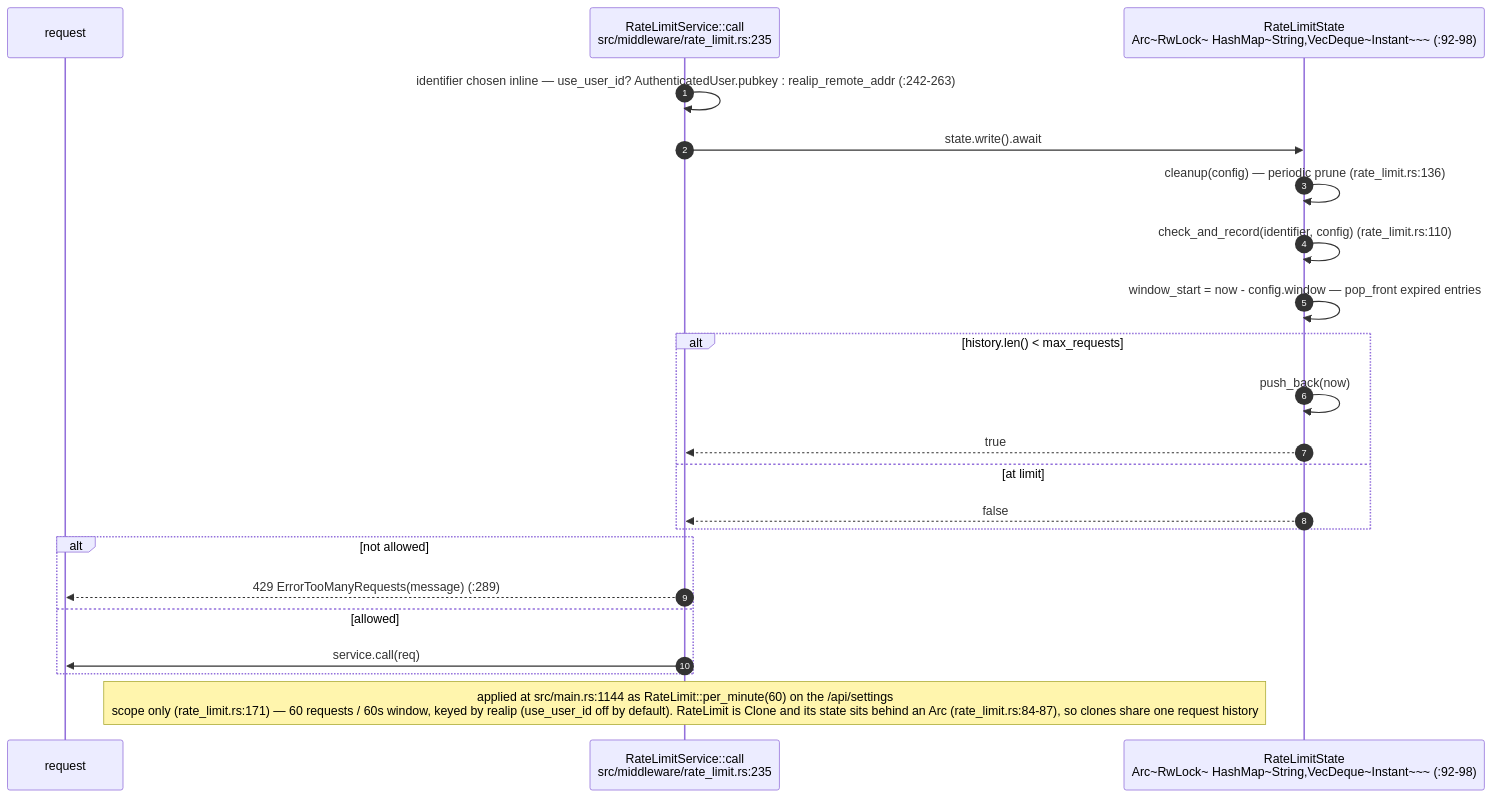
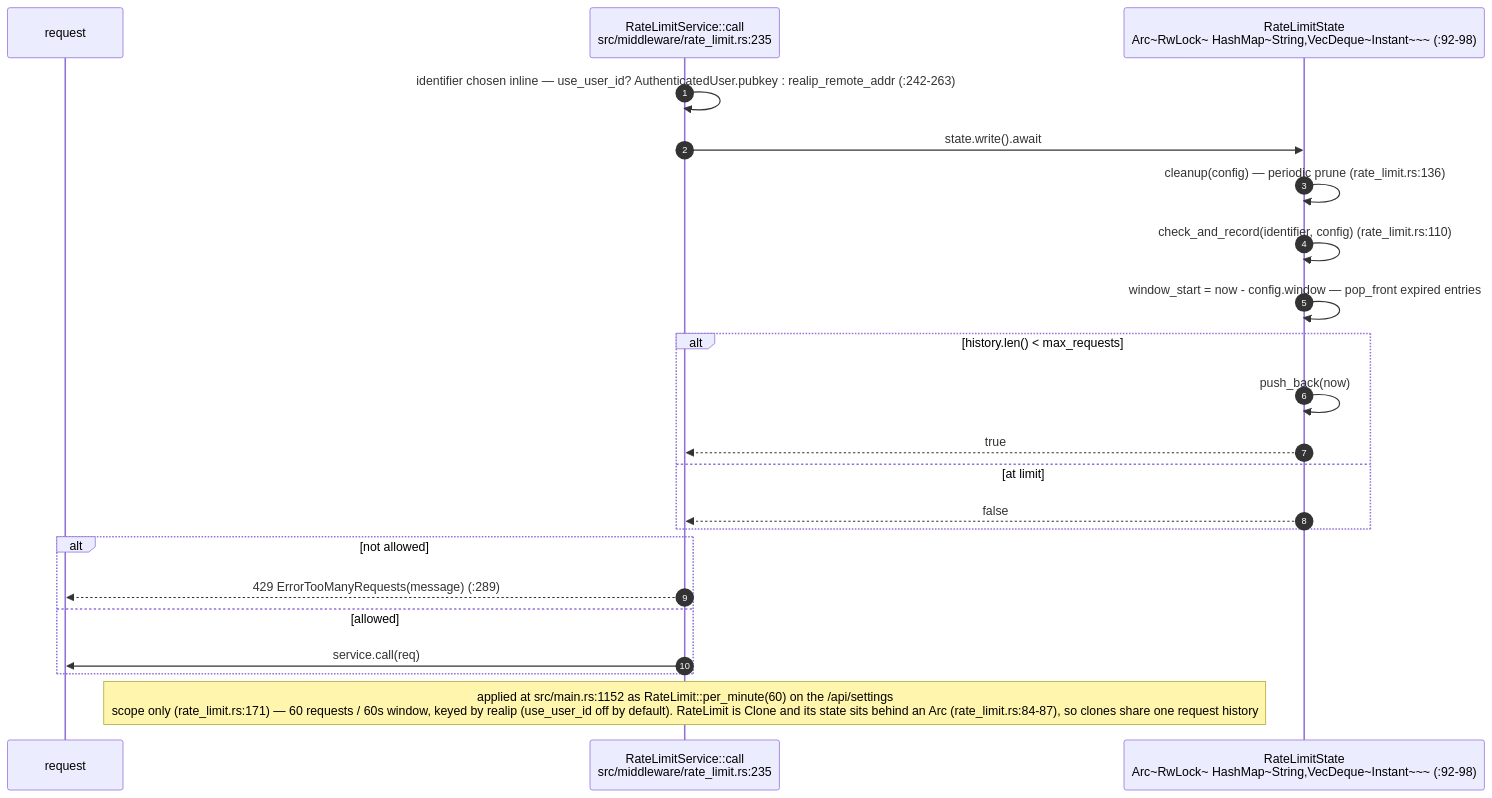
One commit to DreamLab-AI/VisionFlow changed diagram 11 of 14 in docs/diagrams/visionclaw/03-request-lifecycle-and-rbac.md. Above: the diagram before and after it, drawn with Mermaid. The commit also changed other lines of this file and 56 other files, not shown here.

First line of the commit message:
docs(diagrams): re-verify VisionClaw topics at ec785afa9, add VC-19/56/57 and the VisionClaw register

````diff
--- a/docs/diagrams/visionclaw/03-request-lifecycle-and-rbac.md
+++ b/docs/diagrams/visionclaw/03-request-lifecycle-and-rbac.md
@@ -522,25 +543,25 @@
 ```mermaid
 sequenceDiagram
     autonumber
     participant R as request
     participant RL as RateLimitService::call<br/>src/middleware/rate_limit.rs:235
     participant ST as RateLimitState<br/>Arc~RwLock~ HashMap~String,VecDeque~Instant~~~ (:92-98)
 
     RL->>RL: identifier chosen inline — use_user_id? AuthenticatedUser.pubkey : realip_remote_addr (:242-263)
     RL->>ST: state.write().await
     ST->>ST: cleanup(config) — periodic prune (rate_limit.rs:136)
     ST->>ST: check_and_record(identifier, config) (rate_limit.rs:110)
     ST->>ST: window_start = now - config.window — pop_front expired entries
     alt history.len() < max_requests
         ST->>ST: push_back(now)
         ST-->>RL: true
     else at limit
         ST-->>RL: false
     end
     alt not allowed
         RL-->>R: 429 ErrorTooManyRequests(message) (:289)
     else allowed
         RL->>R: service.call(req)
     end
-    Note over RL: applied at src/main.rs:1144 as RateLimit::per_minute(60) on the /api/settings<br/>scope only (rate_limit.rs:171) — 60 requests / 60s window, keyed by realip (use_user_id off by default). RateLimit is Clone and its state sits behind an Arc (rate_limit.rs:84-87), so clones share one request history
+    Note over RL: applied at src/main.rs:1152 as RateLimit::per_minute(60) on the /api/settings<br/>scope only (rate_limit.rs:171) — 60 requests / 60s window, keyed by realip (use_user_id off by default). RateLimit is Clone and its state sits behind an Arc (rate_limit.rs:84-87), so clones share one request history
 ```
````
